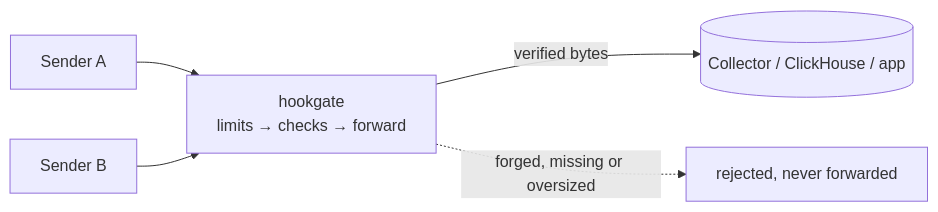
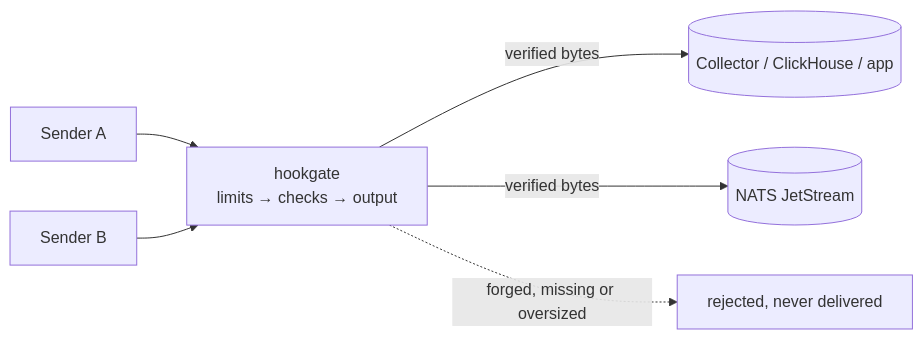
One commit to mrrobertkent/hookgate changed the diagram in README.md. Above: the diagram before and after it, drawn with Mermaid. The commit also changed other lines of this file and 47 other files, not shown here.

````diff
--- a/README.md
+++ b/README.md
@@ -36,7 +37,8 @@
 ```mermaid
 flowchart LR
     A[Sender A] --> G
     B[Sender B] --> G
-    G[hookgate<br/>limits → checks → forward] -->|verified bytes| U[(Collector / ClickHouse / app)]
-    G -.->|forged, missing or oversized| X[rejected, never forwarded]
+    G[hookgate<br/>limits → checks → output] -->|verified bytes| U[(Collector / ClickHouse / app)]
+    G -->|verified bytes| J[(NATS JetStream)]
+    G -.->|forged, missing or oversized| X[rejected, never delivered]
 ```
````
